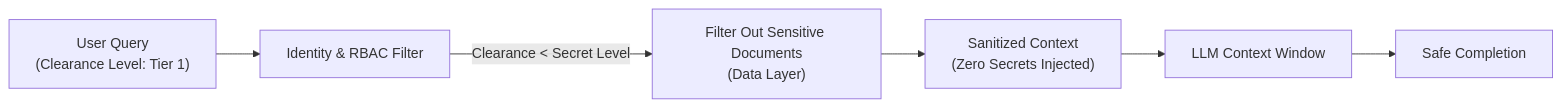
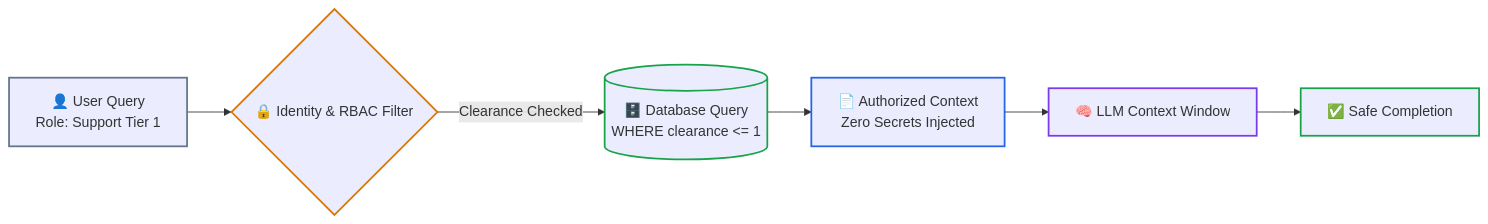
The third of 3 diagrams in 05-ai-security-and-guardrails/01-threat-modeling-and-owasp-top-10.md (dip4k/senior-engineer-to-ai-engineer-roadmap), drawn with Mermaid before and after one commit. The commit also changed other lines of this file and 11 other files, not shown here.

First line of the commit message:
refactor(phase-05): AI security, guardrails, and trust architecture

````diff
--- a/05-ai-security-and-guardrails/01-threat-modeling-and-owasp-top-10.md
+++ b/05-ai-security-and-guardrails/01-threat-modeling-and-owasp-top-10.md
@@ -282,8 +311,15 @@
 ```mermaid
 flowchart LR
-    User["User Query<br/>(Clearance Level: Tier 1)"] --> Auth["Identity & RBAC Filter"]
-    Auth -->|Clearance < Secret Level| Filter["Filter Out Sensitive Documents<br/>(Data Layer)"]
-    Filter --> CleanContext["Sanitized Context<br/>(Zero Secrets Injected)"]
-    CleanContext --> LLM["LLM Context Window"]
-    LLM --> Out["Safe Completion"]
+    User["👤 User Query<br/>Role: Support Tier 1"] --> Auth{"🔒 Identity & RBAC Filter"}
+    Auth -->|Clearance Checked| DB[("🗄️ Database Query<br/>WHERE clearance <= 1")]
+    DB --> Clean["📄 Authorized Context<br/>Zero Secrets Injected"]
+    Clean --> LLM["🧠 LLM Context Window"]
+    LLM --> Safe["✅ Safe Completion"]
+
+    style User stroke:#64748b,stroke-width:2px
+    style Auth stroke:#d97706,stroke-width:2px
+    style DB stroke:#16a34a,stroke-width:2px
+    style Clean stroke:#2563eb,stroke-width:2px
+    style LLM stroke:#7c3aed,stroke-width:2px
+    style Safe stroke:#16a34a,stroke-width:2px
 ```
````
